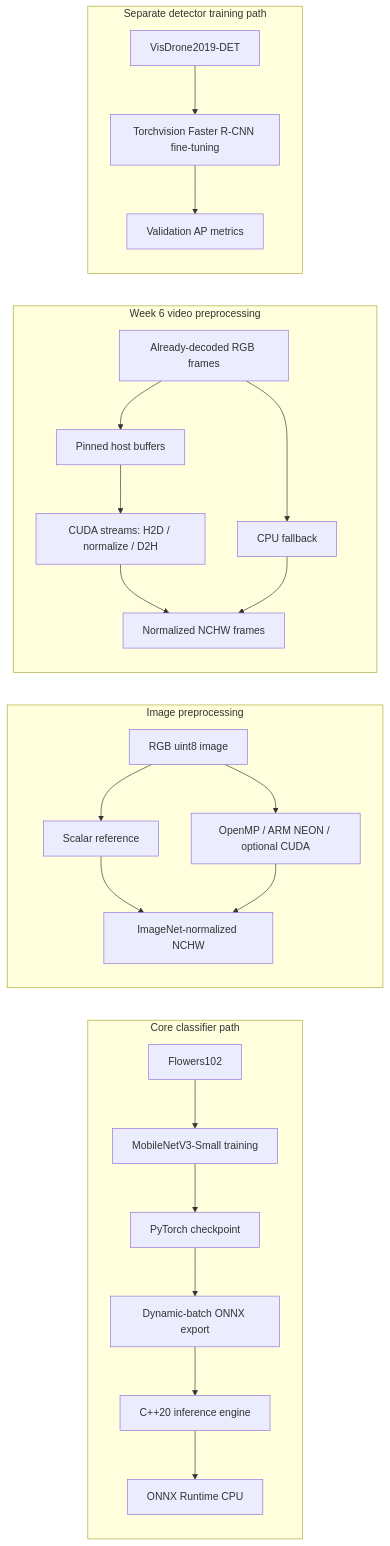
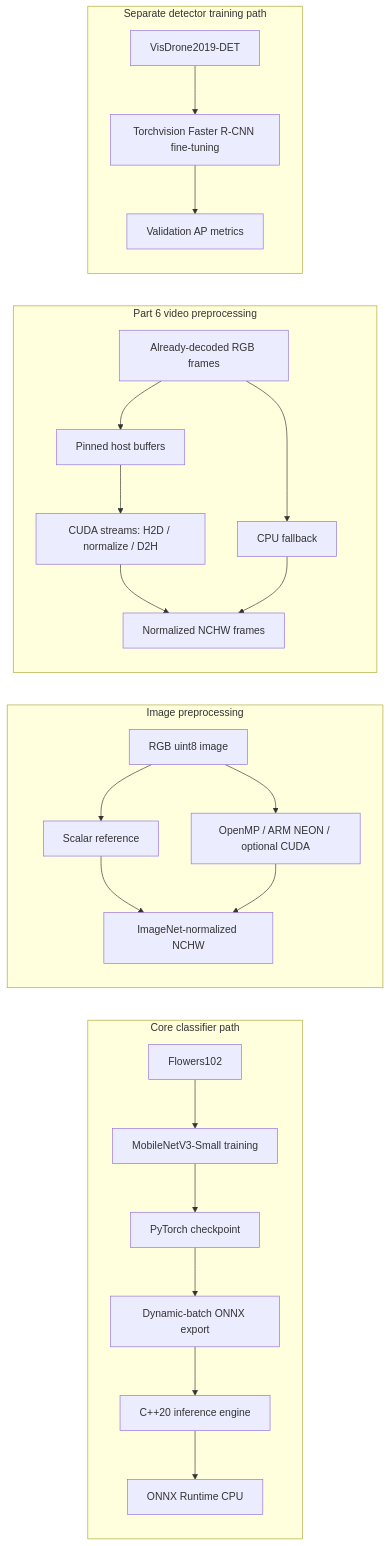
One commit to elgunismayil0v2001/vision-engine changed the diagram in README.md. Above: the diagram before and after it, drawn with Mermaid. The commit also changed other lines of this file and 16 other files, not shown here.

````diff
--- a/README.md
+++ b/README.md
@@ -14,30 +18,30 @@
 ```mermaid
 flowchart LR
   subgraph Core[Core classifier path]
     Flowers[Flowers102] --> Train[MobileNetV3-Small training]
     Train --> Checkpoint[PyTorch checkpoint]
     Checkpoint --> Export[Dynamic-batch ONNX export]
     Export --> Engine[C++20 inference engine]
     Engine --> ORT[ONNX Runtime CPU]
   end
 
   subgraph Kernels[Image preprocessing]
     RGB[RGB uint8 image] --> Ref[Scalar reference]
     RGB --> Parallel[OpenMP / ARM NEON / optional CUDA]
     Ref --> Tensor[ImageNet-normalized NCHW]
     Parallel --> Tensor
   end
 
-  subgraph Video[Week 6 video preprocessing]
+  subgraph Video[Part 6 video preprocessing]
     Frames[Already-decoded RGB frames] --> Pinned[Pinned host buffers]
     Pinned --> Streams[CUDA streams: H2D / normalize / D2H]
     Streams --> Batch[Normalized NCHW frames]
     Frames --> CPU[CPU fallback]
     CPU --> Batch
   end
 
   subgraph Detector[Separate detector training path]
     VisDrone[VisDrone2019-DET] --> FasterRCNN[Torchvision Faster R-CNN fine-tuning]
     FasterRCNN --> Metrics[Validation AP metrics]
   end
 ```
````
